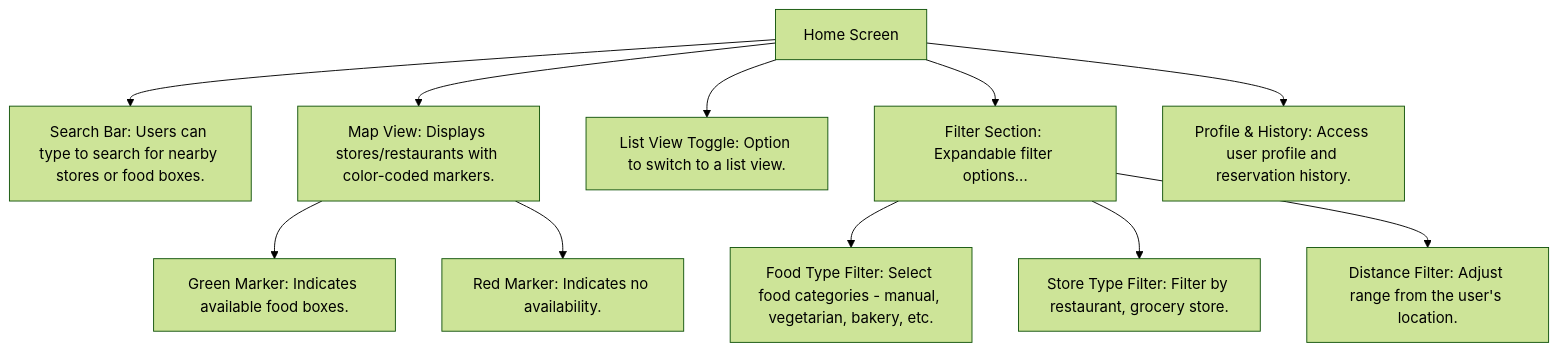
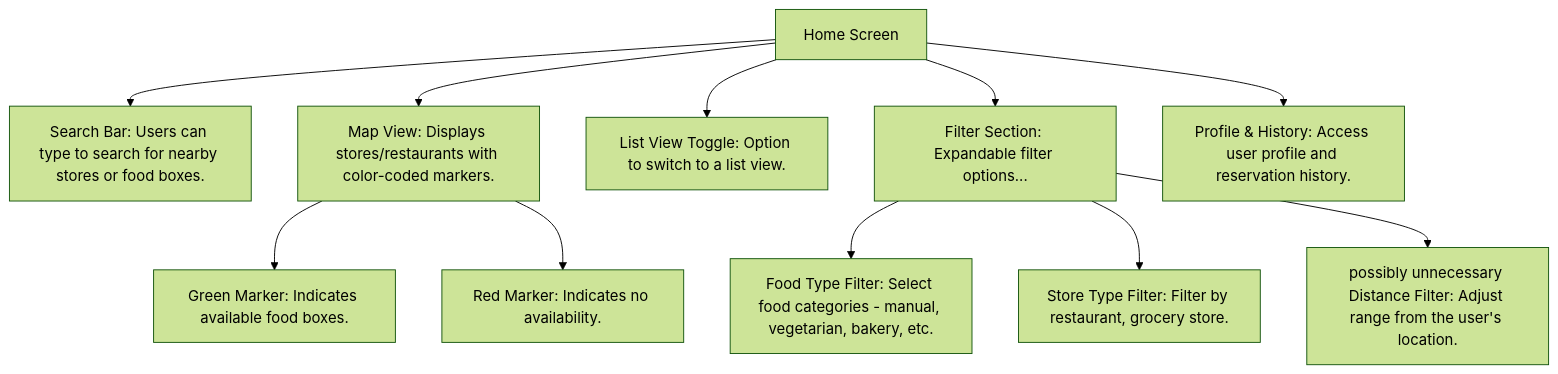
Before and after one commit to vanakenm/hyf-frontend-template: the first of 5 diagrams in ConceptInterfaces.md, drawn with Mermaid (forest theme). The commit also changed other lines of this file, not shown here.

````diff
--- a/ConceptInterfaces.md
+++ b/ConceptInterfaces.md
@@ -3,14 +3,14 @@
 ```mermaid
 graph TD
     A[Home Screen] --> B[Search Bar: Users can type to search for nearby stores or food boxes.]
     A --> C[Map View: Displays stores/restaurants with color-coded markers.]
     A --> D[List View Toggle: Option to switch to a list view.]
     A --> E[Filter Section: Expandable filter options...]
 
     A --> F[Profile & History: Access user profile and reservation history.]
     C --> C1[Green Marker: Indicates available food boxes.]
     C --> C2[Red Marker: Indicates no availability.]
     E --> E1[Food Type Filter: Select food categories - manual, vegetarian, bakery, etc.]
     E --> E2[Store Type Filter: Filter by restaurant, grocery store.]
-    E --> E3[Distance Filter: Adjust range from the user's location.]
+    E --> E3[possibly unnecessary Distance Filter: Adjust range from the user's location.]
 ```
````
